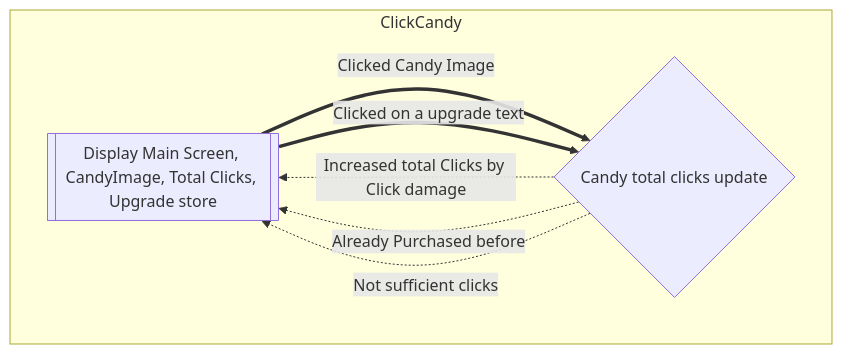
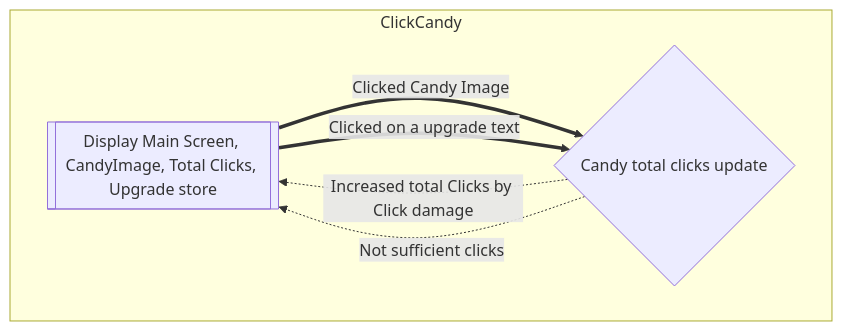
The fourth of 4 diagrams in flows.md (mahmudl-1/2452-Clicker), drawn with Mermaid before and after one commit. The commit also changed 20 other files, not shown here.

````diff
--- a/flows.md
+++ b/flows.md
@@ -64,14 +64,13 @@
 ```mermaid
 flowchart 
     subgraph ClickCandy 
         DisplayMain[[Display Main Screen, CandyImage, Total Clicks, Upgrade store]]
         
         UpdateDisplay{Candy total clicks update}
         DisplayMain==Clicked Candy Image==>UpdateDisplay
         UpdateDisplay-.Increased total Clicks by Click damage.->DisplayMain
         
         DisplayMain==Clicked on a upgrade text==>UpdateDisplay
-        UpdateDisplay-.Already Purchased before.->DisplayMain
         UpdateDisplay-.Not sufficient clicks.->DisplayMain
     end
 ```
````
